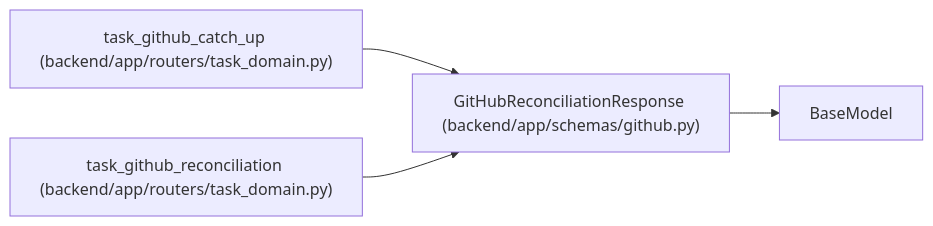
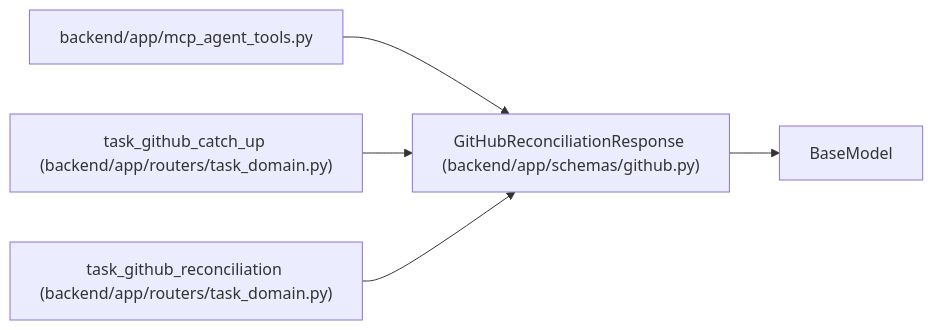
The diagram in docs/llm_wiki/entities/GitHubReconciliationResponse.md (Denissvgn/WorkChord), drawn with Mermaid before and after one commit. The commit also changed other lines of this file and 1420 other files, not shown here.

First line of the commit message:
Refresh the architectural wiki for the 1.10.0 changes

````diff
--- a/docs/llm_wiki/entities/GitHubReconciliationResponse.md
+++ b/docs/llm_wiki/entities/GitHubReconciliationResponse.md
@@ -30,13 +30,16 @@
 ```mermaid
 flowchart LR
     n0["GitHubReconciliationResponse (backend/app/schemas/github.py)"]
     n1["BaseModel"]
-    n2["task_github_catch_up (backend/app/routers/task_domain.py)"]
-    n3["task_github_reconciliation (backend/app/routers/task_domain.py)"]
+    n2["backend/app/mcp_agent_tools.py"]
+    n3["task_github_catch_up (backend/app/routers/task_domain.py)"]
+    n4["task_github_reconciliation (backend/app/routers/task_domain.py)"]
     n0 --> n1
     n2 --> n0
     n3 --> n0
+    n4 --> n0
     click n0 "../modules/schemas_github.md"
-    click n2 "../modules/routers_task_domain.md"
+    click n2 "../modules/mcp_agent_tools.md"
     click n3 "../modules/routers_task_domain.md"
+    click n4 "../modules/routers_task_domain.md"
 ```
````
